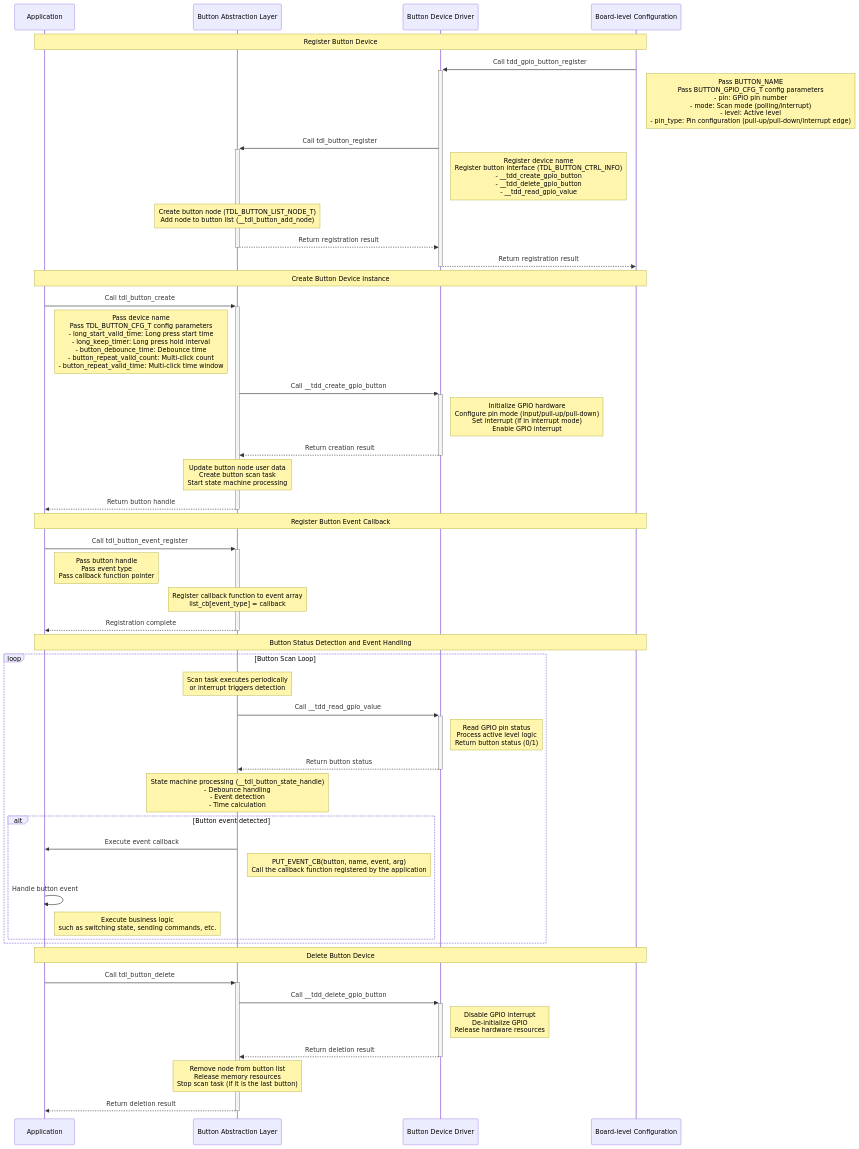
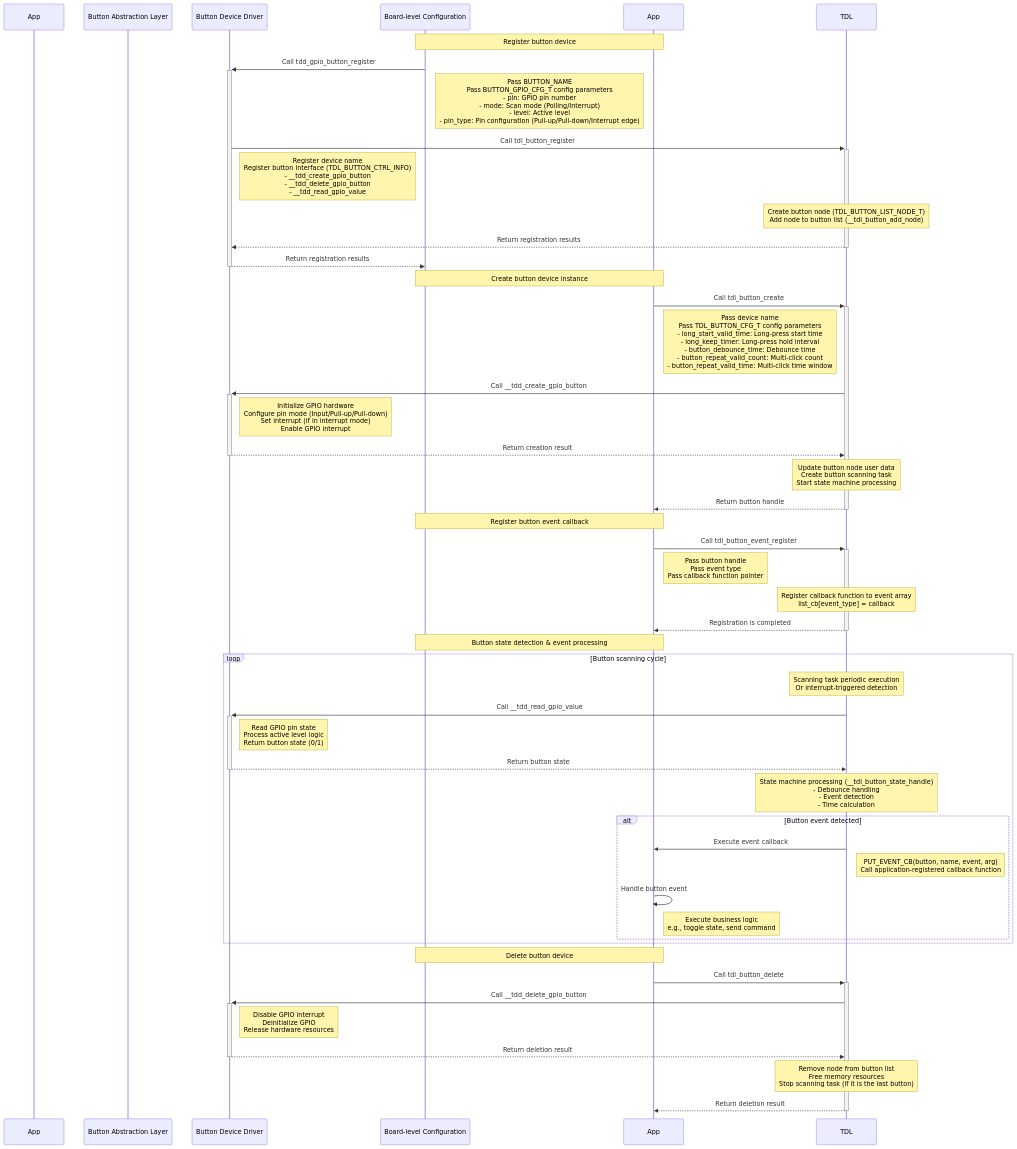
Before and after one commit to Tuya-Community/TuyaOpen.io: the first of 2 diagrams in docs/peripheral/button.md, drawn with Mermaid. The commit also changed other lines of this file, not shown here.

Commit message:
Update button.md (#157)

````diff
--- a/docs/peripheral/button.md
+++ b/docs/peripheral/button.md
@@ -97,74 +97,74 @@
 ```mermaid
 sequenceDiagram
-    participant App as Application
-    participant TDL as Button Abstraction Layer
+    participant app as App
+    participant TAL as Button Abstraction Layer
     participant TDD as Button Device Driver
     participant Bd as Board-level Configuration
 
-    Note over App, Bd: Register Button Device
-    
+    Note over App, Bd: Register button device
+
     Bd->>+TDD: Call tdd_gpio_button_register
-    Note right of Bd: Pass BUTTON_NAME<br/>Pass BUTTON_GPIO_CFG_T config parameters<br/>- pin: GPIO pin number<br/>- mode: Scan mode (polling/interrupt)<br/>- level: Active level<br/>- pin_type: Pin configuration (pull-up/pull-down/interrupt edge)
-    
+    Note right of Bd: Pass BUTTON_NAME<br/>Pass BUTTON_GPIO_CFG_T config parameters<br/>- pin: GPIO pin number<br/>- mode: Scan mode (Polling/Interrupt)<br/>- level: Active level<br/>- pin_type: Pin configuration (Pull-up/Pull-down/Interrupt edge)
+
     TDD->>+TDL: Call tdl_button_register
     Note right of TDD: Register device name<br/>Register button interface (TDL_BUTTON_CTRL_INFO)<br/>- __tdd_create_gpio_button<br/>- __tdd_delete_gpio_button<br/>- __tdd_read_gpio_value
-    
+
     Note over TDL: Create button node (TDL_BUTTON_LIST_NODE_T)<br/>Add node to button list (__tdl_button_add_node)
-    
-    TDL-->>-TDD: Return registration result
-    TDD-->>-Bd: Return registration result
 
-    Note over App, Bd: Create Button Device Instance
-    
+    TDL-->>-TDD: Return registration results
+    TDD-->>-Bd: Return registration results
+
+    Note over App, Bd: Create button device instance
+
     App->>+TDL: Call tdl_button_create
-    Note right of App: Pass device name<br/>Pass TDL_BUTTON_CFG_T config parameters<br/>- long_start_valid_time: Long press start time<br/>- long_keep_timer: Long press hold interval<br/>- button_debounce_time: Debounce time<br/>- button_repeat_valid_count: Multi-click count<br/>- button_repeat_valid_time: Multi-click time window
-    
+    Note right of App: Pass device name<br/>Pass TDL_BUTTON_CFG_T config parameters<br/>- long_start_valid_time: Long-press start time<br/>- long_keep_timer: Long-press hold interval<br/>- button_debounce_time: Debounce time<br/>- button_repeat_valid_count: Multi-click count<br/>- button_repeat_valid_time: Multi-click time window
+
     TDL->>+TDD: Call __tdd_create_gpio_button
-    Note right of TDD: Initialize GPIO hardware<br/>Configure pin mode (input/pull-up/pull-down)<br/>Set interrupt (if in interrupt mode)<br/>Enable GPIO interrupt
+    Note right of TDD: Initialize GPIO hardware<br/>Configure pin mode (Input/Pull-up/Pull-down)<br/>Set interrupt (if in interrupt mode)<br/>Enable GPIO interrupt
     TDD-->>-TDL: Return creation result
-    
-    Note over TDL: Update button node user data<br/>Create button scan task<br/>Start state machine processing
-    
+
+    Note over TDL: Update button node user data<br/>Create button scanning task<br/>Start state machine processing
+
     TDL-->>-App: Return button handle
 
-    Note over App, Bd: Register Button Event Callback
-    
+    Note over App, Bd: Register button event callback
+
     App->>+TDL: Call tdl_button_event_register
     Note right of App: Pass button handle<br/>Pass event type<br/>Pass callback function pointer
-    
+
     Note over TDL: Register callback function to event array<br/>list_cb[event_type] = callback
-    
-    TDL-->>-App: Registration complete
 
-    Note over App, Bd: Button Status Detection and Event Handling
-    
-    loop Button Scan Loop
-        Note over TDL: Scan task executes periodically<br/>or interrupt triggers detection
-        
+    TDL-->>-App: Registration is completed
+
+    Note over App, Bd: Button state detection & event processing
+
+    loop Button scanning cycle
+        Note over TDL: Scanning task periodic execution<br/>Or interrupt-triggered detection
+
         TDL->>+TDD: Call __tdd_read_gpio_value
-        Note right of TDD: Read GPIO pin status<br/>Process active level logic<br/>Return button status (0/1)
-        TDD-->>-TDL: Return button status
-        
+        Note right of TDD: Read GPIO pin state<br/>Process active level logic<br/>Return button state (0/1)
+        TDD-->>-TDL: Return button state
+
         Note over TDL: State machine processing (__tdl_button_state_handle)<br/>- Debounce handling<br/>- Event detection<br/>- Time calculation
-        
+
         alt Button event detected
             TDL->>App: Execute event callback
-            Note right of TDL: PUT_EVENT_CB(button, name, event, arg)<br/>Call the callback function registered by the application
-            
+            Note right of TDL: PUT_EVENT_CB(button, name, event, arg)<br/>Call application-registered callback function
+
             App->>App: Handle button event
-            Note right of App: Execute business logic<br/>such as switching state, sending commands, etc.
+            Note right of App: Execute business logic<br/>e.g., toggle state, send command
         end
     end
 
-    Note over App, Bd: Delete Button Device
-    
+    Note over App, Bd: Delete button device
+
     App->>+TDL: Call tdl_button_delete
     TDL->>+TDD: Call __tdd_delete_gpio_button
-    Note right of TDD: Disable GPIO interrupt<br/>De-initialize GPIO<br/>Release hardware resources
+    Note right of TDD: Disable GPIO interrupt<br/>Deinitialize GPIO<br/>Release hardware resources
     TDD-->>-TDL: Return deletion result
-    
-    Note over TDL: Remove node from button list<br/>Release memory resources<br/>Stop scan task (if it is the last button)
-    
+
+    Note over TDL: Remove node from button list<br/>Free memory resources<br/>Stop scanning task (if it is the last button)
+
     TDL-->>-App: Return deletion result
 
 ```
````
